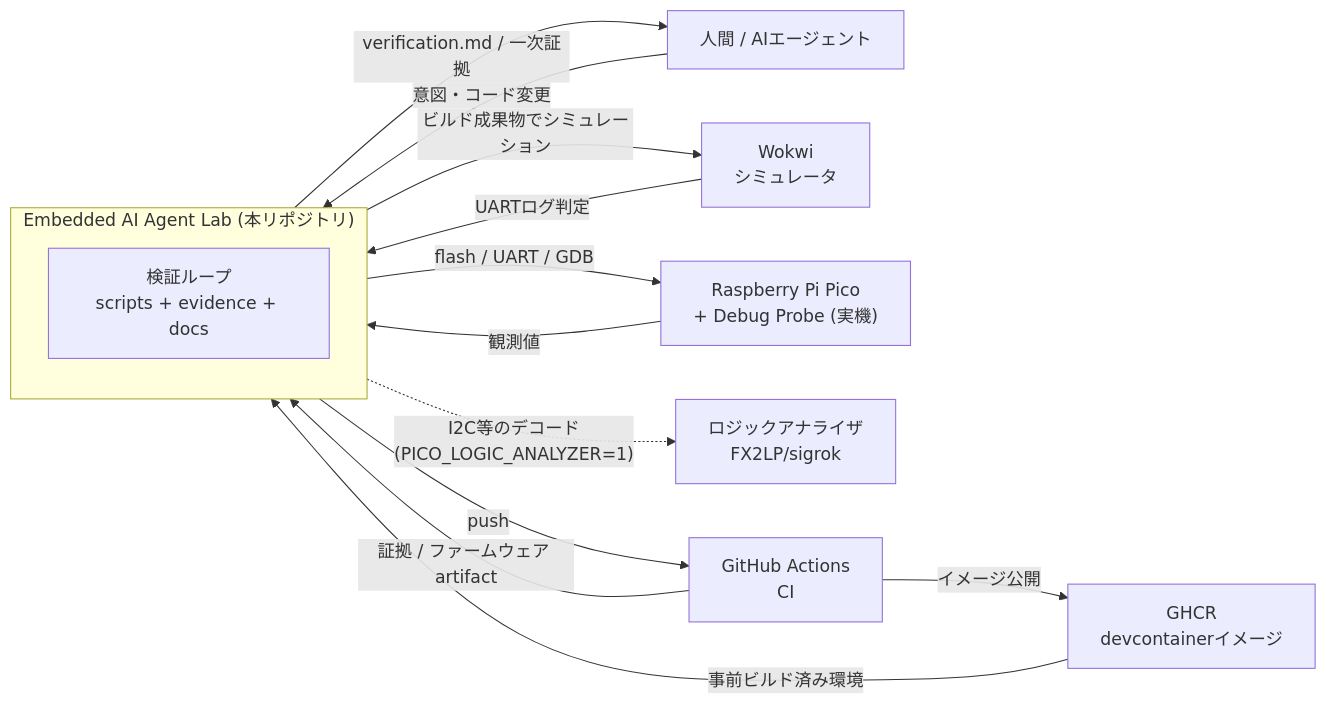
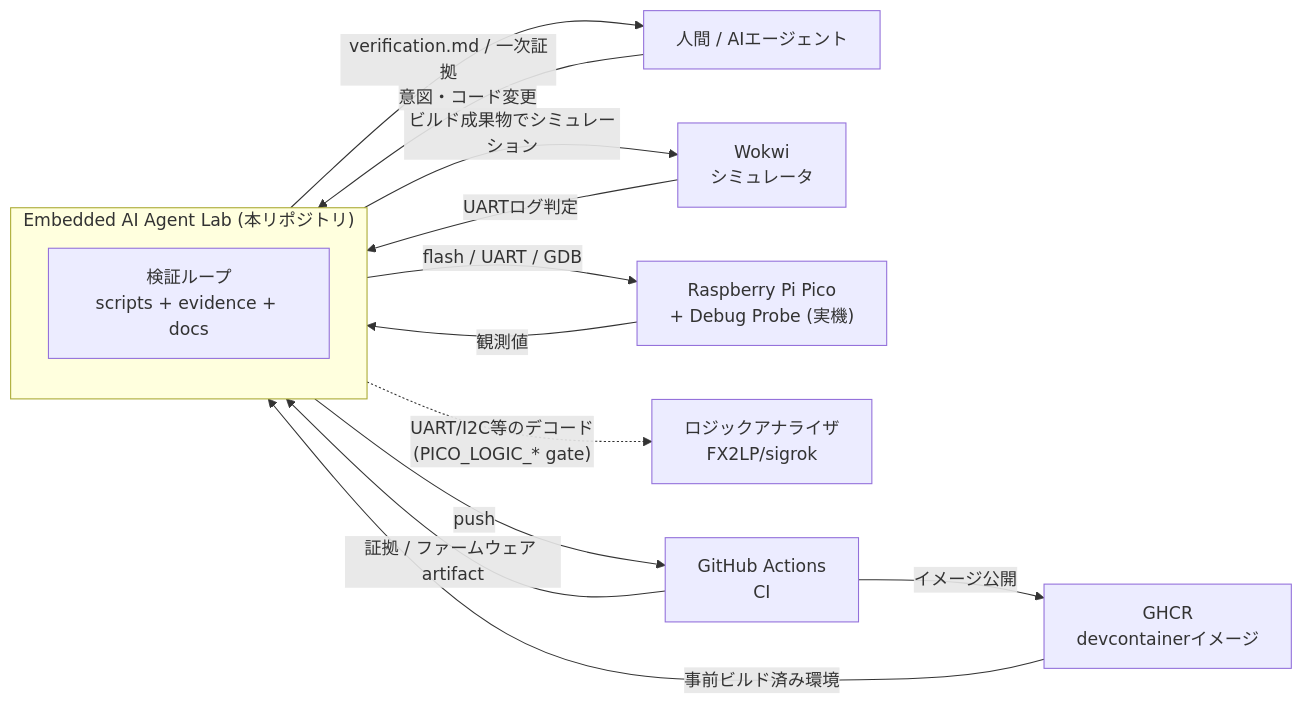
The diagram in docs/architecture/01_context.md (capybara-works/pico-sdk-blink), drawn with Mermaid before and after one commit. The commit also changed other lines of this file and 19 other files, not shown here.

Commit message:
Split logic analyzer capture gates

````diff
--- a/docs/architecture/01_context.md
+++ b/docs/architecture/01_context.md
@@ -6,24 +6,24 @@
 ```mermaid
 flowchart LR
     human["人間 / AIエージェント"]
     subgraph lab["Embedded AI Agent Lab (本リポジトリ)"]
         core["検証ループ<br/>scripts + evidence + docs"]
     end
     wokwi["Wokwi<br/>シミュレータ"]
     hw["Raspberry Pi Pico<br/>+ Debug Probe (実機)"]
     la["ロジックアナライザ<br/>FX2LP/sigrok"]
     ci["GitHub Actions<br/>CI"]
     ghcr["GHCR<br/>devcontainerイメージ"]
 
     human -->|"意図・コード変更"| lab
     lab -->|"verification.md / 一次証拠"| human
     lab -->|"ビルド成果物でシミュレーション"| wokwi
     wokwi -->|"UARTログ判定"| lab
     lab -->|"flash / UART / GDB"| hw
     hw -->|"観測値"| lab
-    lab -.->|"I2C等のデコード<br/>(PICO_LOGIC_ANALYZER=1)"| la
+    lab -.->|"UART/I2C等のデコード<br/>(PICO_LOGIC_* gate)"| la
     lab -->|"push"| ci
     ci -->|"証拠 / ファームウェア artifact"| lab
     ghcr -->|"事前ビルド済み環境"| lab
     ci -->|"イメージ公開"| ghcr
 ```
````
